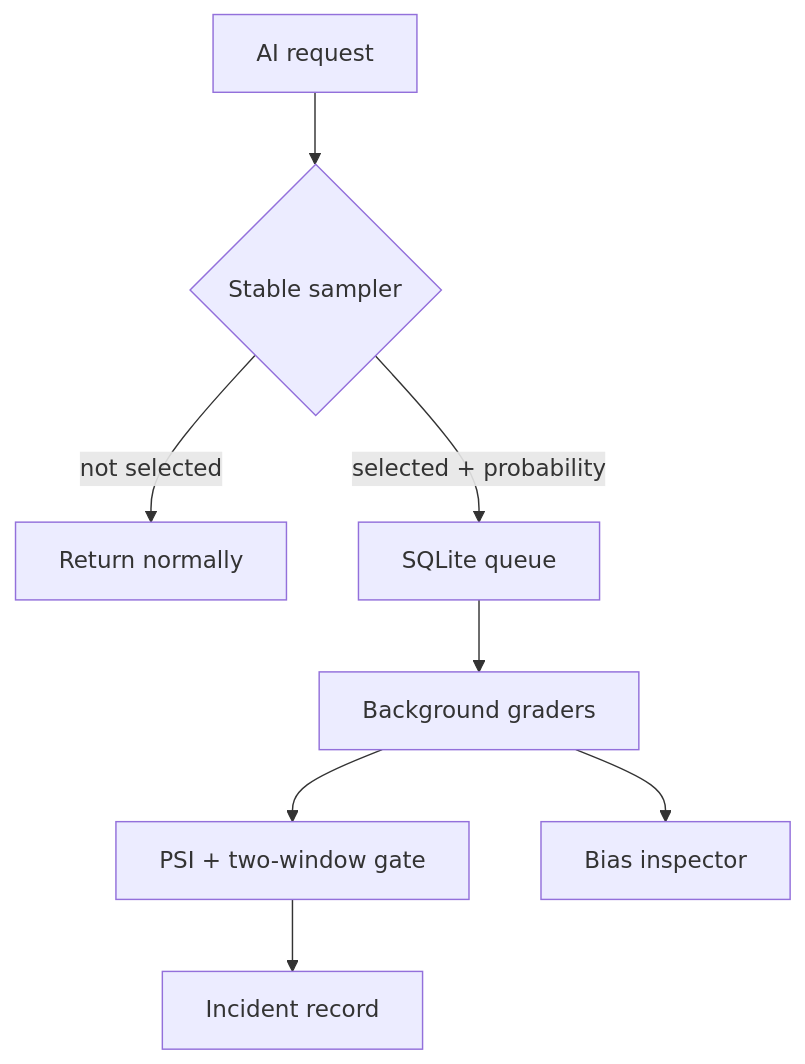
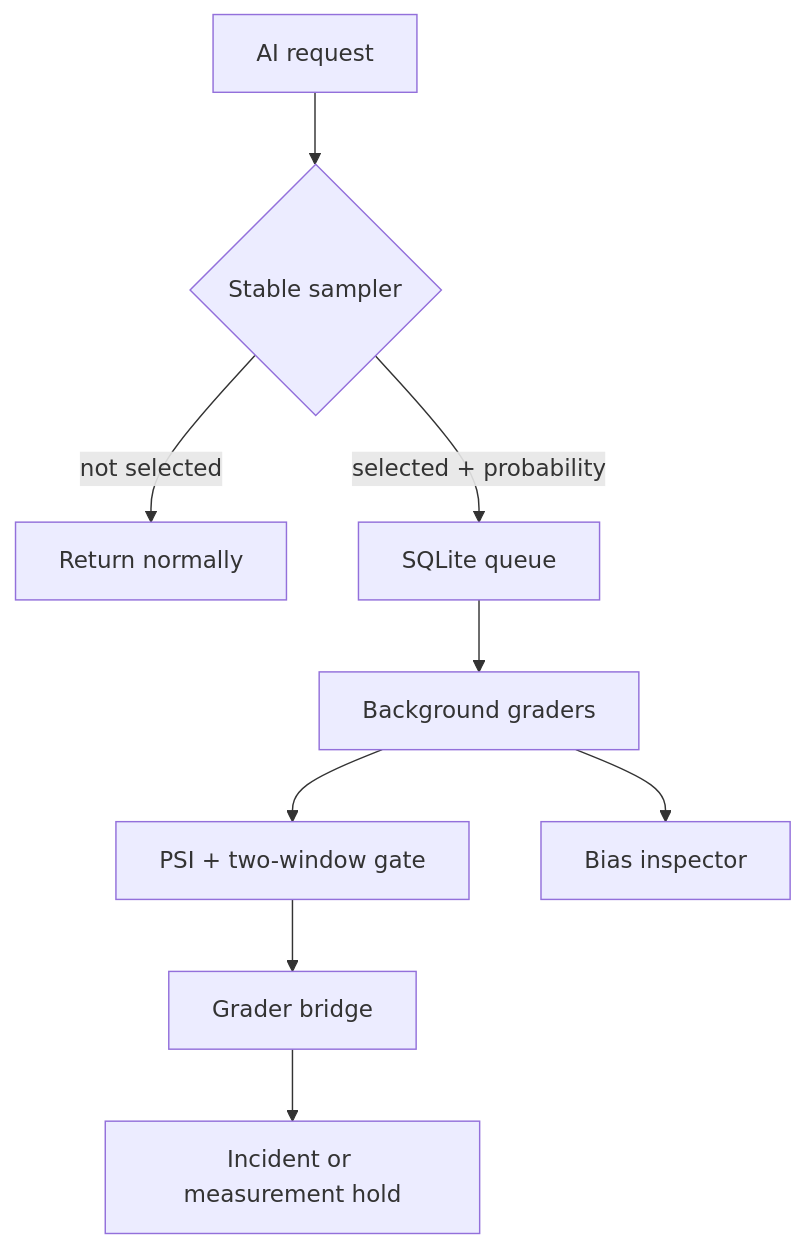
The diagram in README.md (MadanMohan0537/shadowgauge), drawn with Mermaid before and after one commit. The commit also changed other lines of this file and 8 other files, not shown here.

Commit message:
Add grader-version bridge and measurement-shift quarantine

````diff
--- a/README.md
+++ b/README.md
@@ -52,10 +54,11 @@
 ```mermaid
 flowchart TD
     A["AI request"] --> B{"Stable sampler"}
     B -->|not selected| C["Return normally"]
     B -->|selected + probability| D["SQLite queue"]
     D --> E["Background graders"]
     E --> F["PSI + two-window gate"]
-    F --> G["Incident record"]
+    F --> G["Grader bridge"]
+    G --> I["Incident or measurement hold"]
     E --> H["Bias inspector"]
 ```
````
